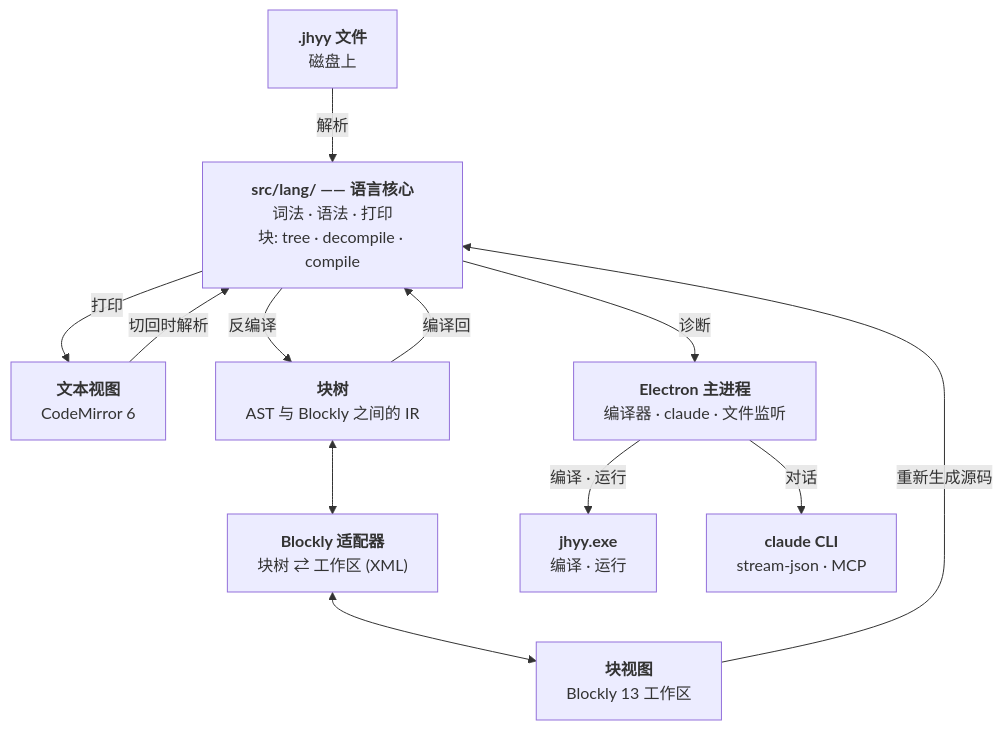
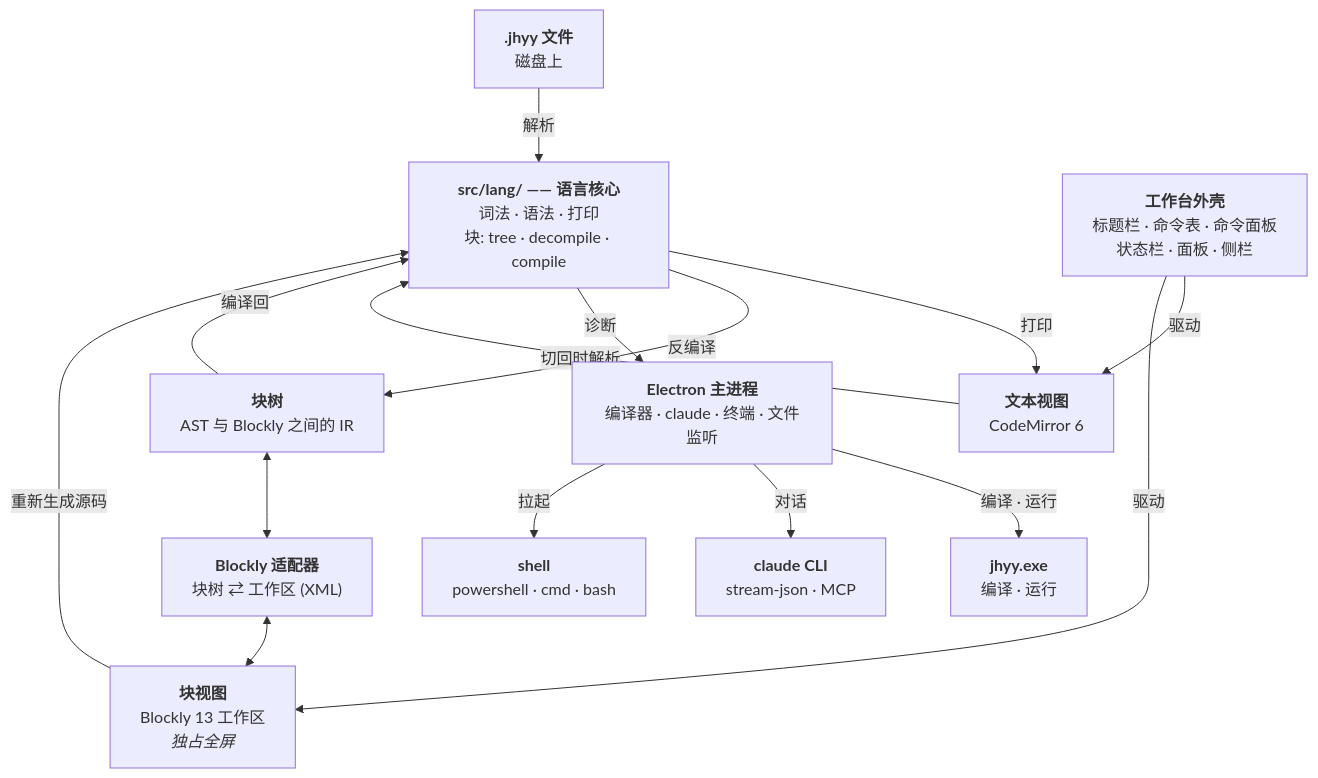
The diagram in docs/wiki/Architecture.zh-CN.md (JiHuiYiYou/JiHuiYiYou-IDE), drawn with Mermaid before and after one commit. The commit also changed other lines of this file and 78 other files, not shown here.

````diff
--- a/docs/wiki/Architecture.zh-CN.md
+++ b/docs/wiki/Architecture.zh-CN.md
@@ -5,23 +5,28 @@
 ```mermaid
 flowchart TB
     file["<b>.jhyy 文件</b><br/>磁盘上"]
-    blocks["<b>块视图</b><br/>Blockly 13 工作区"]
+    blocks["<b>块视图</b><br/>Blockly 13 工作区<br/><i>独占全屏</i>"]
     text["<b>文本视图</b><br/>CodeMirror 6"]
     core["<b>src/lang/ —— 语言核心</b><br/>词法 · 语法 · 打印<br/>块: tree · decompile · compile"]
     tree["<b>块树</b><br/>AST 与 Blockly 之间的 IR"]
     adapter["<b>Blockly 适配器</b><br/>块树 ⇄ 工作区 (XML)"]
-    main["<b>Electron 主进程</b><br/>编译器 · claude · 文件监听"]
+    shell["<b>工作台外壳</b><br/>标题栏 · 命令表 · 命令面板<br/>状态栏 · 面板 · 侧栏"]
+    main["<b>Electron 主进程</b><br/>编译器 · claude · 终端 · 文件监听"]
     jhyy["<b>jhyy.exe</b><br/>编译 · 运行"]
     claude["<b>claude CLI</b><br/>stream-json · MCP"]
+    sh["<b>shell</b><br/>powershell · cmd · bash"]
 
     file -->|解析| core
     core -->|打印| text
     core -->|反编译| tree
     tree -->|编译回| core
     tree <--> adapter <--> blocks
     blocks -->|重新生成源码| core
     text -->|切回时解析| core
     core -->|诊断| main
     main -->|编译 · 运行| jhyy
     main -->|对话| claude
+    main -->|拉起| sh
+    shell -->|驱动| text
+    shell -->|驱动| blocks
 ```
````
